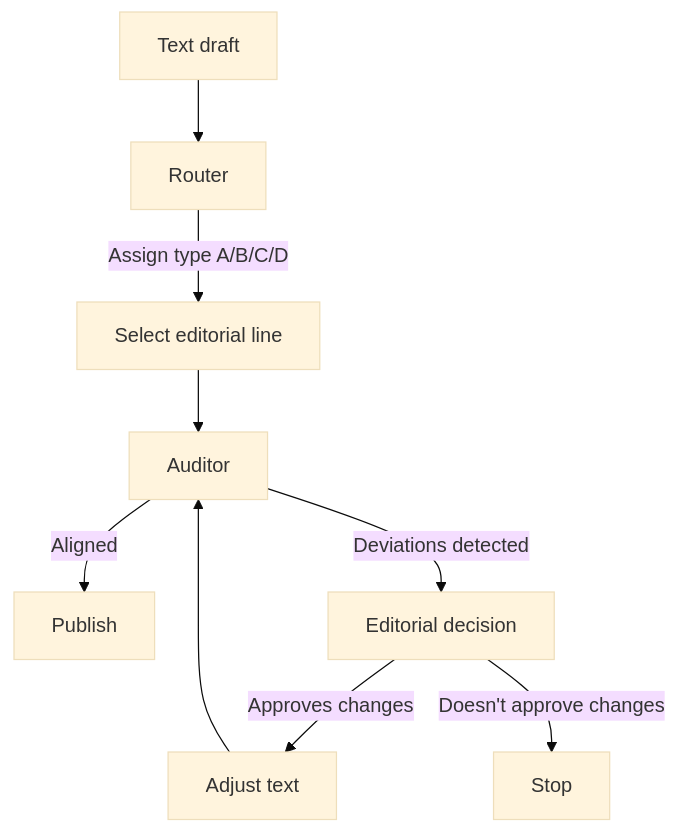
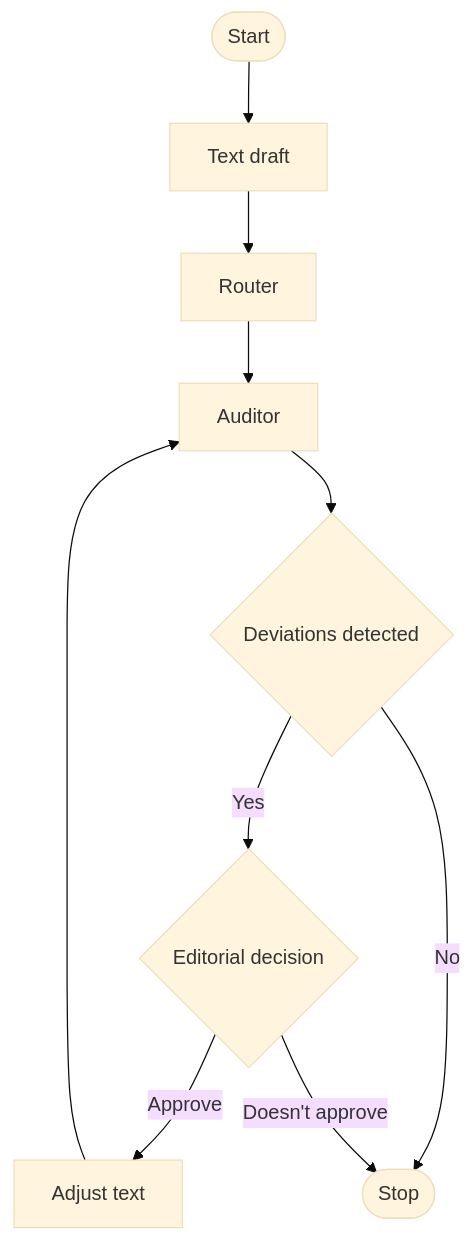
Before and after one commit to blancavg/editorial-architecture-lab: the diagram in README.md, drawn with Mermaid (base theme).

````diff
--- a/README.md
+++ b/README.md
@@ -88,12 +88,14 @@
 ```mermaid
-flowchart TD
+flowchart TB
+    A(["Start"]) --> n1["Text draft"]
+    B{"Deviations detected"} -- Yes --> C["Editorial decision"]
+    C -- Approve --> n4["Adjust text"]
+    B -- No --> D(["Stop"])
+    n1 --> n2["Router"]
+    n2 --> n3["Auditor"]
+    n3 --> B
+    C -- Doesn't approve --> D
+    n4 --> n3
 
-A[Text draft] --> B[Router]
-B -->|Assign type A/B/C/D| C[Select editorial line]
-C --> D[Auditor]
-D -->|Aligned| E[Publish]
-D -->|Deviations detected| F[Editorial decision]
-F --> |Approves changes| G[Adjust text]
-G --> D
-F --> |Doesn't approve changes| Stop
+    C@{ shape: diam}
 ```
````
